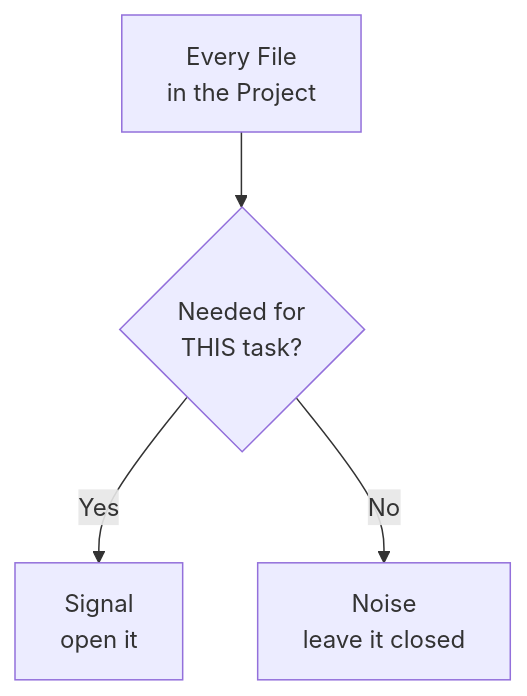
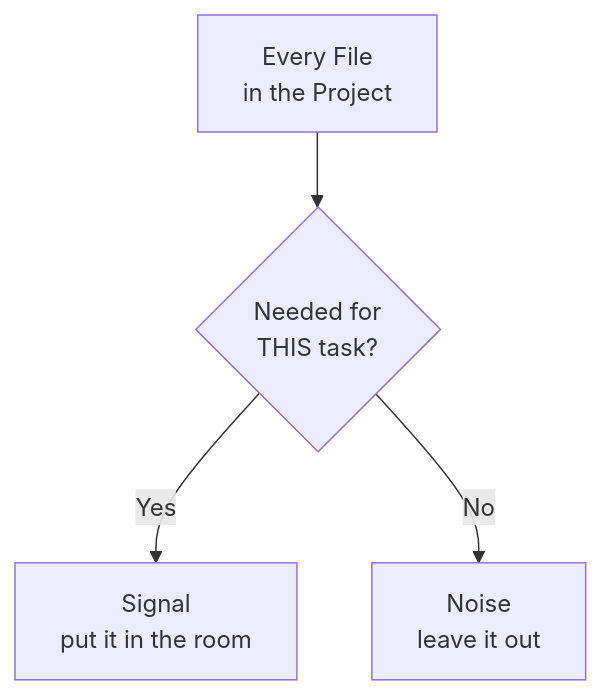
One commit to AutoNateAI/roblox-gamelab-2 changed the diagram in apps/marketplace/content/tutorials/prompt-and-context-engineering/03-feeding-it-the-right-files.md. Above: the diagram before and after it, drawn with Mermaid. The commit also changed other lines of this file and 130 other files, not shown here.

````diff
--- a/apps/marketplace/content/tutorials/prompt-and-context-engineering/03-feeding-it-the-right-files.md
+++ b/apps/marketplace/content/tutorials/prompt-and-context-engineering/03-feeding-it-the-right-files.md
@@ -21,6 +33,6 @@
 ```mermaid
 flowchart TD
   All["Every File<br/>in the Project"] --> Q{"Needed for<br/>THIS task?"}
-  Q -->|Yes| Signal["Signal<br/>open it"]
-  Q -->|No| Noise["Noise<br/>leave it closed"]
+  Q -->|Yes| Signal["Signal<br/>put it in the room"]
+  Q -->|No| Noise["Noise<br/>leave it out"]
 ```
````
